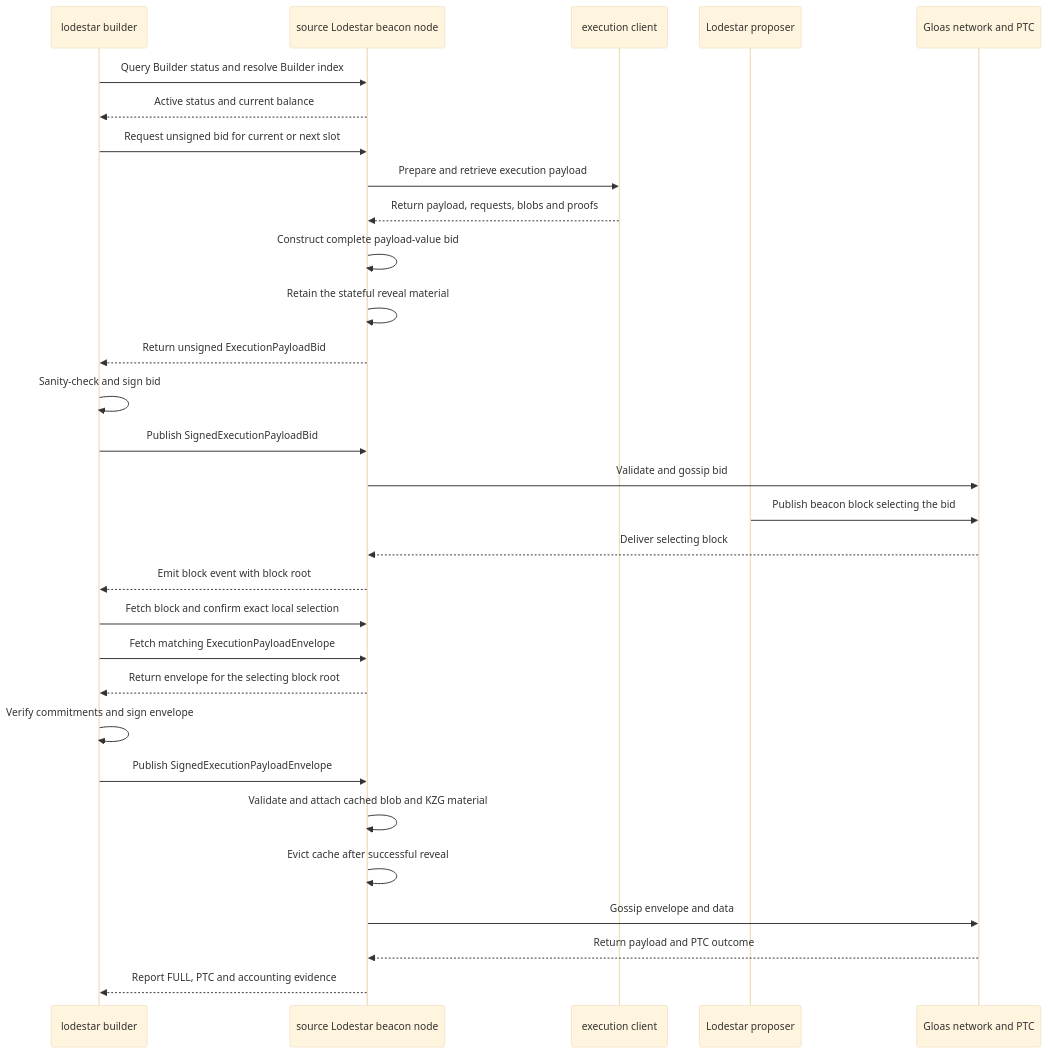
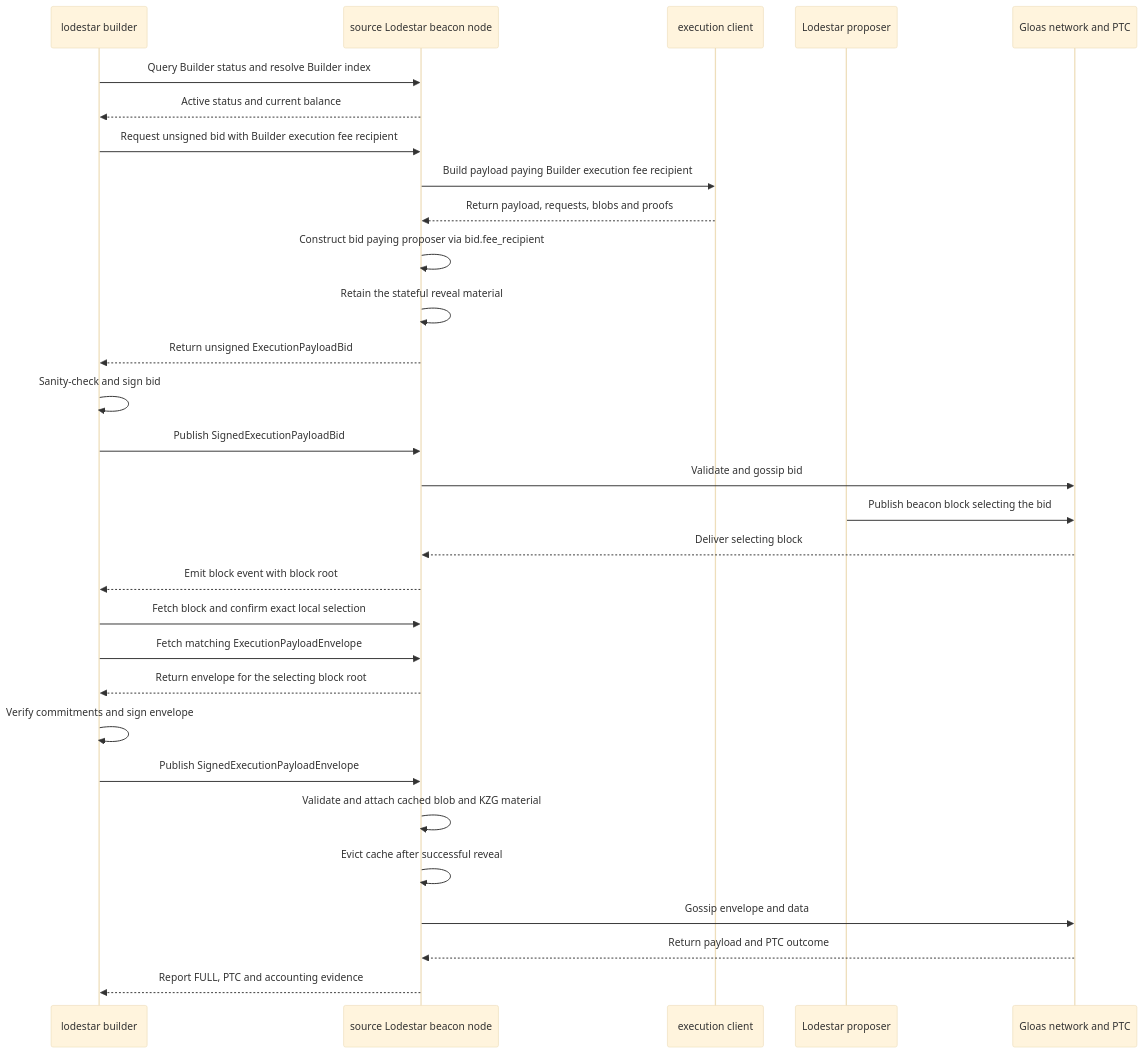
The third of 16 diagrams in docs/implementation-plan.md (krisoshea-eth/lodestar-eip-7732-builder-docs), drawn with Mermaid (base theme) before and after one commit. The commit also changed other lines of this file, not shown here.

````diff
--- a/docs/implementation-plan.md
+++ b/docs/implementation-plan.md
@@ -249,33 +249,33 @@
 ```mermaid
 sequenceDiagram
     participant Builder as lodestar builder
     participant Beacon as source Lodestar beacon node
     participant Engine as execution client
     participant Proposer as Lodestar proposer
     participant Network as Gloas network and PTC
 
     Builder->>Beacon: Query Builder status and resolve Builder index
     Beacon-->>Builder: Active status and current balance
-    Builder->>Beacon: Request unsigned bid for current or next slot
-    Beacon->>Engine: Prepare and retrieve execution payload
+    Builder->>Beacon: Request unsigned bid with Builder execution fee recipient
+    Beacon->>Engine: Build payload paying Builder execution fee recipient
     Engine-->>Beacon: Return payload, requests, blobs and proofs
-    Beacon->>Beacon: Construct complete payload-value bid
+    Beacon->>Beacon: Construct bid paying proposer via bid.fee_recipient
     Beacon->>Beacon: Retain the stateful reveal material
     Beacon-->>Builder: Return unsigned ExecutionPayloadBid
     Builder->>Builder: Sanity-check and sign bid
     Builder->>Beacon: Publish SignedExecutionPayloadBid
     Beacon->>Network: Validate and gossip bid
     Proposer->>Network: Publish beacon block selecting the bid
     Network-->>Beacon: Deliver selecting block
     Beacon-->>Builder: Emit block event with block root
     Builder->>Beacon: Fetch block and confirm exact local selection
     Builder->>Beacon: Fetch matching ExecutionPayloadEnvelope
     Beacon-->>Builder: Return envelope for the selecting block root
     Builder->>Builder: Verify commitments and sign envelope
     Builder->>Beacon: Publish SignedExecutionPayloadEnvelope
     Beacon->>Beacon: Validate and attach cached blob and KZG material
     Beacon->>Beacon: Evict cache after successful reveal
     Beacon->>Network: Gossip envelope and data
     Network-->>Beacon: Return payload and PTC outcome
     Beacon-->>Builder: Report FULL, PTC and accounting evidence
 ```
````
